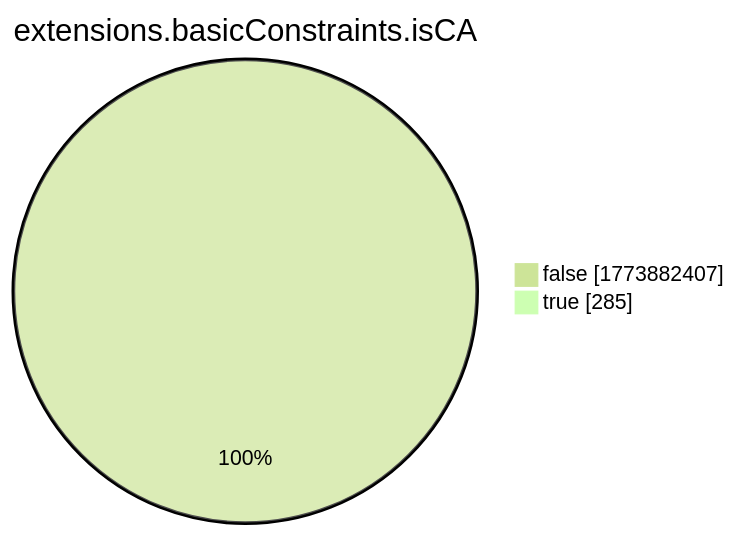
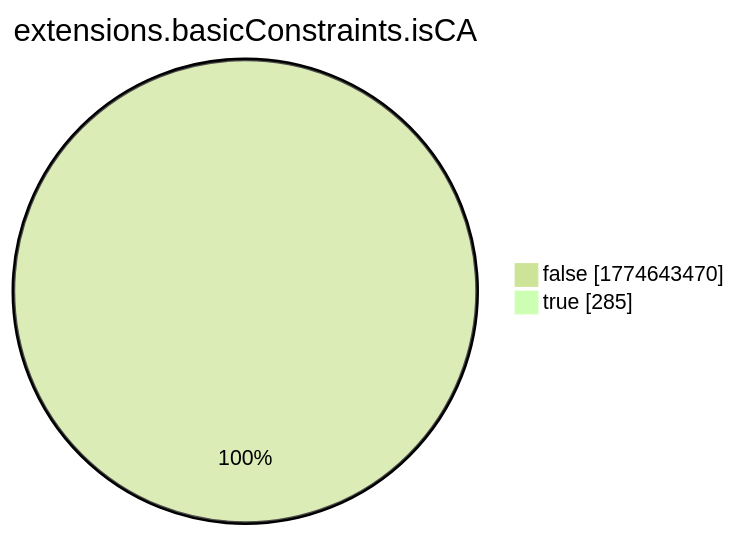
The eighth of 15 diagrams in xenon2022/README.md (christiankrug/ctmonitor_visualization), drawn with Mermaid (forest theme) before and after one commit. The commit also changed other lines of this file, not shown here.

````diff
--- a/xenon2022/README.md
+++ b/xenon2022/README.md
@@ -2868,6 +2868,6 @@
 ```mermaid
 pie showData
 title extensions.basicConstraints.isCA
-"false" :1773882407
+"false" :1774643470
 "true" :285
 ```
````
